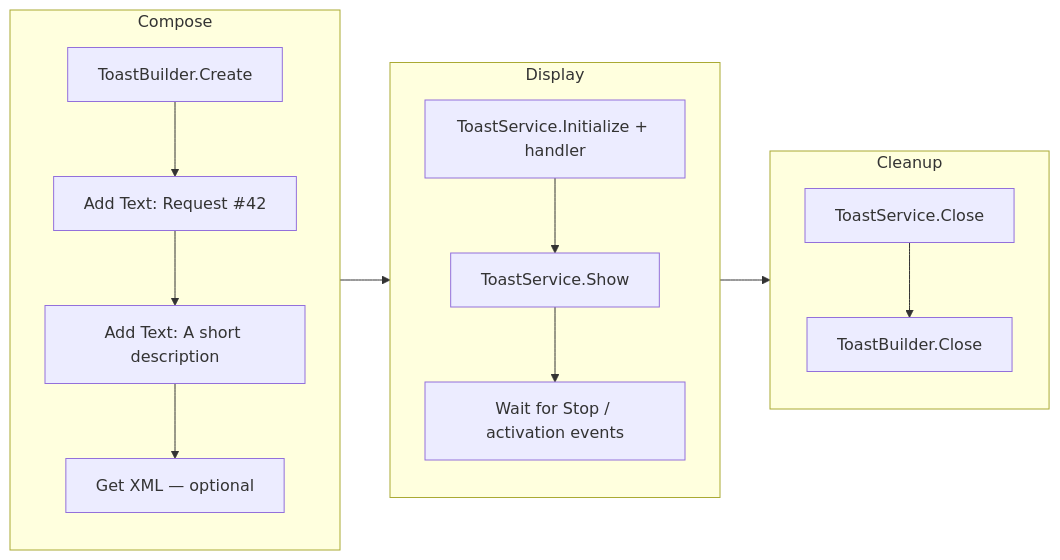
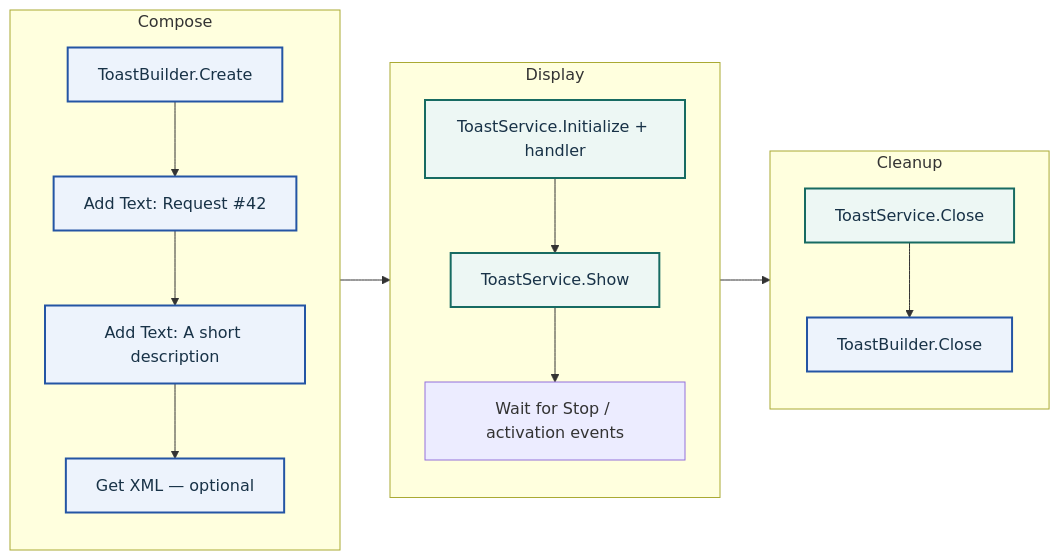
One commit to loicwoh/ToastNotifications changed the diagram in Sources/docs/reference/toastbuilder/add-text.md. Above: the diagram before and after it, drawn with Mermaid. The commit also changed 18 other files, not shown here.

````diff
--- a/Sources/docs/reference/toastbuilder/add-text.md
+++ b/Sources/docs/reference/toastbuilder/add-text.md
@@ -20,21 +20,25 @@
 ```mermaid
 flowchart LR
     accTitle: Compose and display a toast
     accDescr: Create a builder, append title and description, optionally inspect XML, initialize a service, show the notification, wait for Stop, then close service and builder.
     subgraph compose["Compose"]
         direction TB
         A["ToastBuilder.Create"] --> B["Add Text: Request #42"]
         B --> C["Add Text: A short description"]
         C --> D["Get XML — optional"]
     end
     subgraph display["Display"]
         direction TB
         E["ToastService.Initialize + handler"] --> F["ToastService.Show"]
         F --> G["Wait for Stop / activation events"]
     end
     subgraph cleanup["Cleanup"]
         direction TB
         H["ToastService.Close"] --> I["ToastBuilder.Close"]
     end
     compose --> display --> cleanup
+    classDef builder fill:#edf3fc,stroke:#2455a4,color:#183247,stroke-width:2px
+    classDef service fill:#edf7f4,stroke:#176b62,color:#183247,stroke-width:2px
+    class A,B,C,D,I builder
+    class E,F,H service
 ```
````
